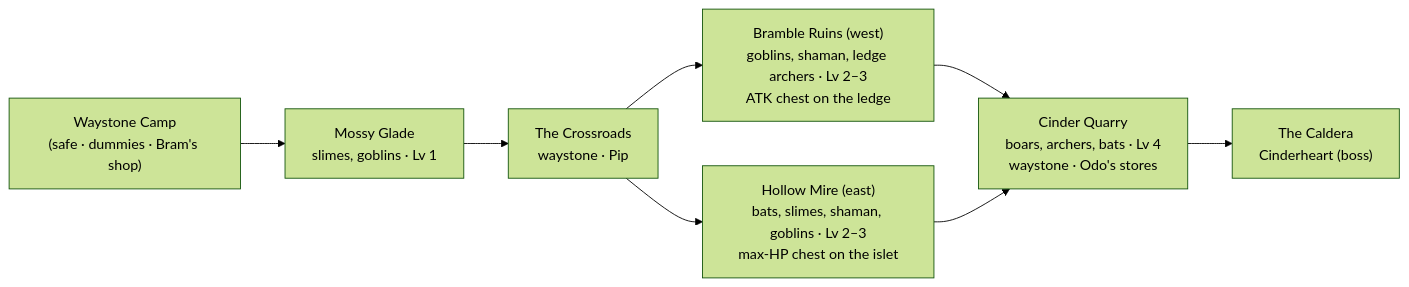
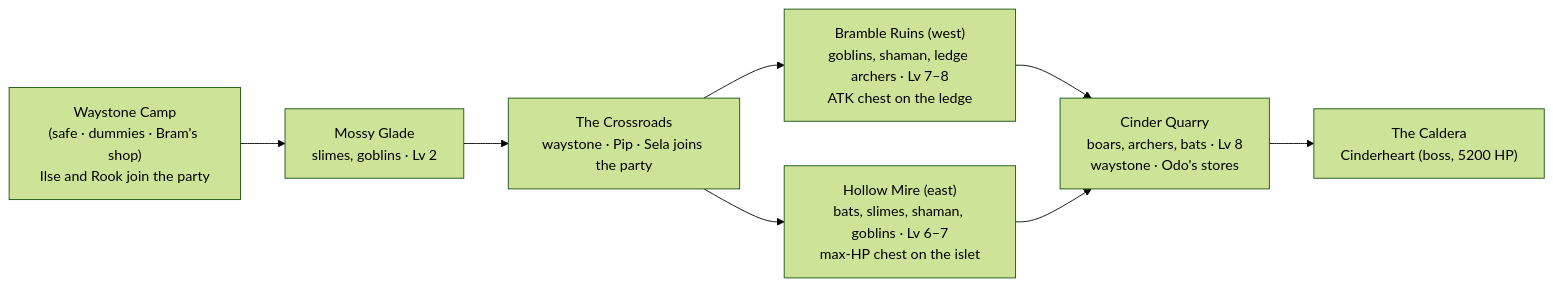
The first of 2 diagrams in docs/design/levels/cinderwatch-pass.md (Leemonztuff/SoulDolls-Lumina), drawn with Mermaid (forest theme) before and after one commit. The commit also changed other lines of this file and 586 other files, not shown here.

````diff
--- a/docs/design/levels/cinderwatch-pass.md
+++ b/docs/design/levels/cinderwatch-pass.md
@@ -52,10 +63,10 @@
 ```mermaid
 flowchart LR
-  C["Waystone Camp<br/>(safe · dummies · Bram's shop)"] --> G["Mossy Glade<br/>slimes, goblins · Lv 1"]
-  G --> X["The Crossroads<br/>waystone · Pip"]
-  X --> R["Bramble Ruins (west)<br/>goblins, shaman, ledge archers · Lv 2–3<br/>ATK chest on the ledge"]
-  X --> M["Hollow Mire (east)<br/>bats, slimes, shaman, goblins · Lv 2–3<br/>max-HP chest on the islet"]
-  R --> Q["Cinder Quarry<br/>boars, archers, bats · Lv 4<br/>waystone · Odo's stores"]
+  C["Waystone Camp<br/>(safe · dummies · Bram's shop)<br/>Ilse and Rook join the party"] --> G["Mossy Glade<br/>slimes, goblins · Lv 2"]
+  G --> X["The Crossroads<br/>waystone · Pip · Sela joins the party"]
+  X --> R["Bramble Ruins (west)<br/>goblins, shaman, ledge archers · Lv 7–8<br/>ATK chest on the ledge"]
+  X --> M["Hollow Mire (east)<br/>bats, slimes, shaman, goblins · Lv 6–7<br/>max-HP chest on the islet"]
+  R --> Q["Cinder Quarry<br/>boars, archers, bats · Lv 8<br/>waystone · Odo's stores"]
   M --> Q
-  Q --> B["The Caldera<br/>Cinderheart (boss)"]
+  Q --> B["The Caldera<br/>Cinderheart (boss, 5200 HP)"]
 ```
````
